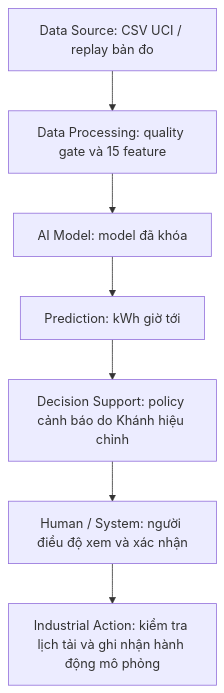
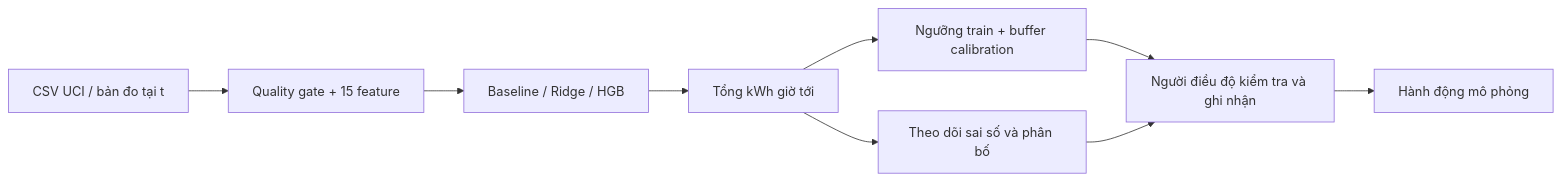
One commit to trangkhanh-ai/steel-industry-energy-consumption changed the diagram in README.md. Above: the diagram before and after it, drawn with Mermaid. The commit also changed other lines of this file and 82 other files, not shown here.

````diff
--- a/README.md
+++ b/README.md
@@ -150,9 +61,11 @@
 ```mermaid
-flowchart TD
-    A[Data Source: CSV UCI / replay bản đo] --> B[Data Processing: quality gate và 15 feature]
-    B --> C[AI Model: model đã khóa]
-    C --> D[Prediction: kWh giờ tới]
-    D --> E[Decision Support: policy cảnh báo do Khánh hiệu chỉnh]
-    E --> F[Human / System: người điều độ xem và xác nhận]
-    F --> G[Industrial Action: kiểm tra lịch tải và ghi nhận hành động mô phỏng]
+flowchart LR
+    A[CSV UCI / bản đo tại t] --> B[Quality gate + 15 feature]
+    B --> C[Baseline / Ridge / HGB]
+    C --> D[Tổng kWh giờ tới]
+    D --> E[Ngưỡng train + buffer calibration]
+    E --> F[Người điều độ kiểm tra và ghi nhận]
+    F --> G[Hành động mô phỏng]
+    D --> H[Theo dõi sai số và phân bố]
+    H --> F
 ```
````
